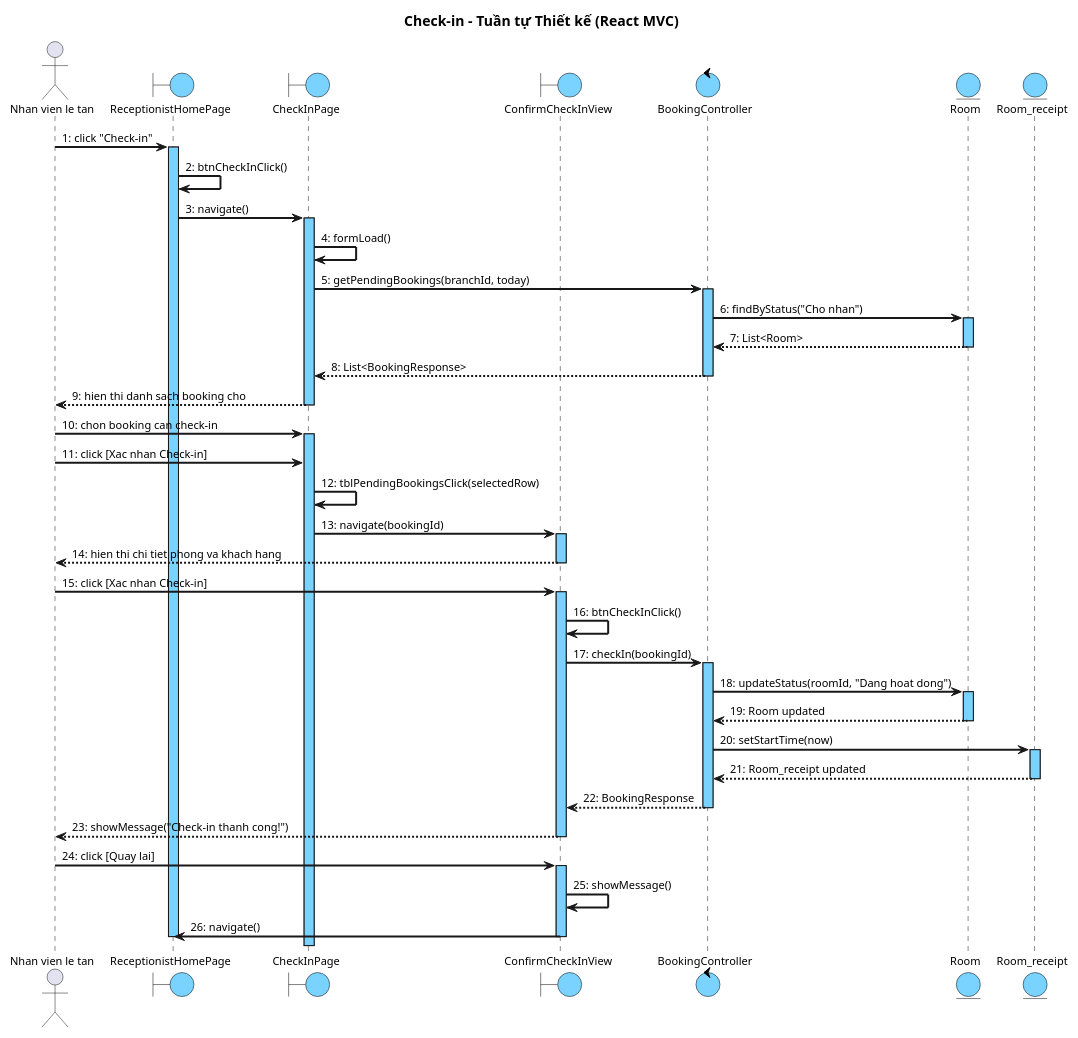
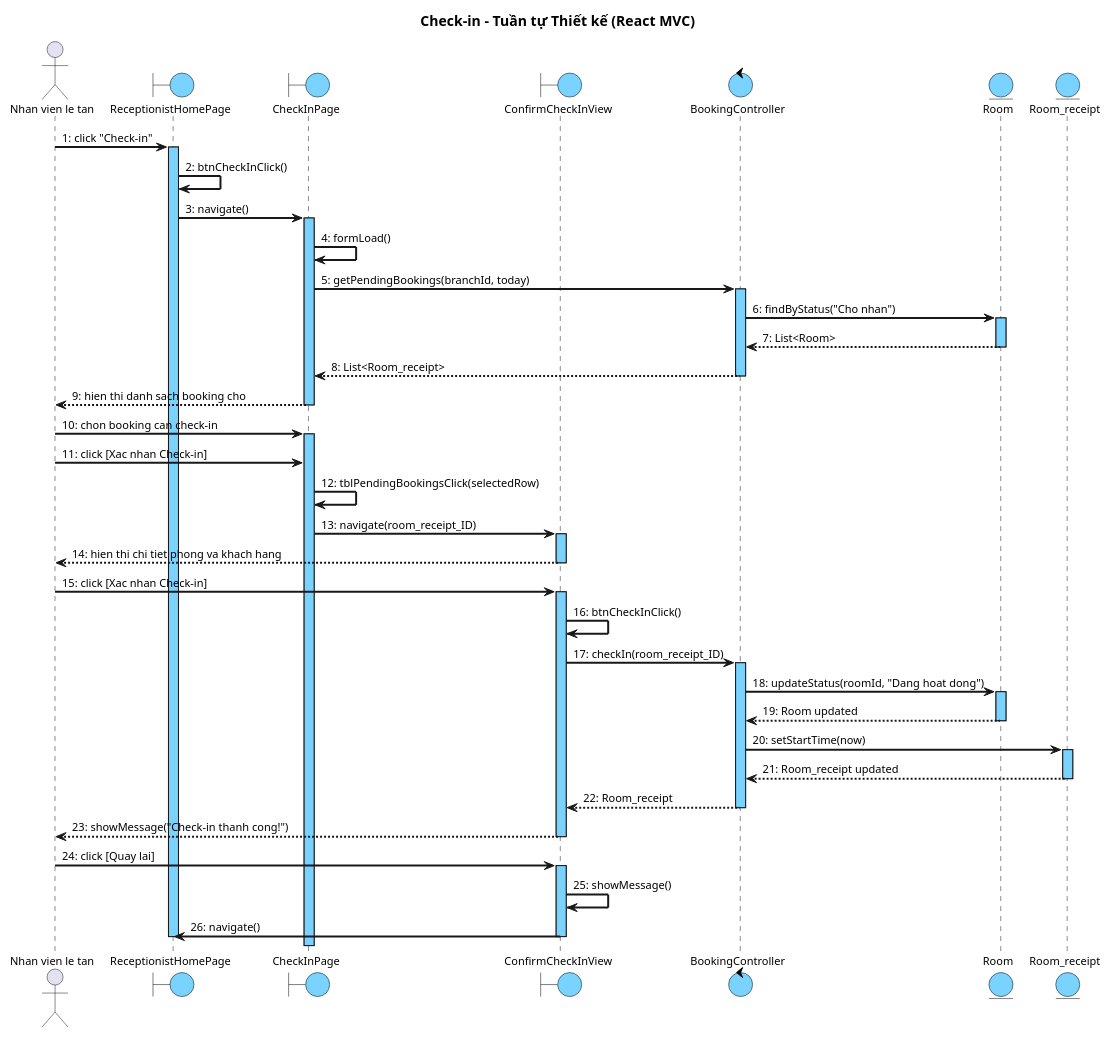
The second of 4 diagrams in docs/tabs/section-booking-iii.4.md (thanhtrnnn/cnpm), drawn with PlantUML before and after one commit. The commit also changed other lines of this file and 2 other files, not shown here.

First line of the commit message:
fix: bookingId to room_receipt_ID, BookingResponse to Room_receipt

````diff
--- a/docs/tabs/section-booking-iii.4.md
+++ b/docs/tabs/section-booking-iii.4.md
@@ -173,78 +173,78 @@
 ```plantuml
 @startuml
 skinparam shadowing false
 skinparam defaultFontSize 11
 skinparam SequenceMessageAlign left
 skinparam SequenceArrowThickness 2
 skinparam SequenceLifeLineBackgroundColor #7AD2FF
 skinparam ParticipantBackgroundColor #7AD2FF
 skinparam ParticipantBorderColor black
 skinparam BoundaryBackgroundColor #7AD2FF
 skinparam BoundaryBorderColor black
 skinparam ControlBackgroundColor #7AD2FF
 skinparam ControlBorderColor black
 skinparam EntityBackgroundColor #7AD2FF
 skinparam EntityBorderColor black
 
 title Check-in – Tuần tự Thiết kế (React MVC)
 
 actor "Nhan vien le tan" as NV
 boundary "ReceptionistHomePage" as Home
 boundary "CheckInPage" as CIP
 boundary "ConfirmCheckInView" as CCV
 control "BookingController" as Ctrl
 entity "Room" as Room
 entity "Room_receipt" as RR
 
 NV -> Home : 1: click "Check-in"
 activate Home
 Home -> Home : 2: btnCheckInClick()
 Home -> CIP : 3: navigate()
 activate CIP
 CIP -> CIP : 4: formLoad()
 CIP -> Ctrl : 5: getPendingBookings(branchId, today)
 activate Ctrl
 Ctrl -> Room : 6: findByStatus("Cho nhan")
 activate Room
 Room --> Ctrl : 7: List<Room>
 deactivate Room
-Ctrl --> CIP : 8: List<BookingResponse>
+Ctrl --> CIP : 8: List<Room_receipt>
 deactivate Ctrl
 CIP --> NV : 9: hien thi danh sach booking cho
 deactivate CIP
 
 NV -> CIP : 10: chon booking can check-in
 activate CIP
 NV -> CIP : 11: click [Xac nhan Check-in]
 CIP -> CIP : 12: tblPendingBookingsClick(selectedRow)
-CIP -> CCV : 13: navigate(bookingId)
+CIP -> CCV : 13: navigate(room_receipt_ID)
 activate CCV
 CCV --> NV : 14: hien thi chi tiet phong va khach hang
 deactivate CCV
 
 NV -> CCV : 15: click [Xac nhan Check-in]
 activate CCV
 CCV -> CCV : 16: btnCheckInClick()
-CCV -> Ctrl : 17: checkIn(bookingId)
+CCV -> Ctrl : 17: checkIn(room_receipt_ID)
 activate Ctrl
 Ctrl -> Room : 18: updateStatus(roomId, "Dang hoat dong")
 activate Room
 Room --> Ctrl : 19: Room updated
 deactivate Room
 Ctrl -> RR : 20: setStartTime(now)
 activate RR
 RR --> Ctrl : 21: Room_receipt updated
 deactivate RR
-Ctrl --> CCV : 22: BookingResponse
+Ctrl --> CCV : 22: Room_receipt
 deactivate Ctrl
 CCV --> NV : 23: showMessage("Check-in thanh cong!")
 deactivate CCV
 
 NV -> CCV : 24: click [Quay lai]
 activate CCV
 CCV -> CCV : 25: showMessage()
 CCV -> Home : 26: navigate()
 deactivate CCV
 deactivate Home
 @enduml
 ```
````
